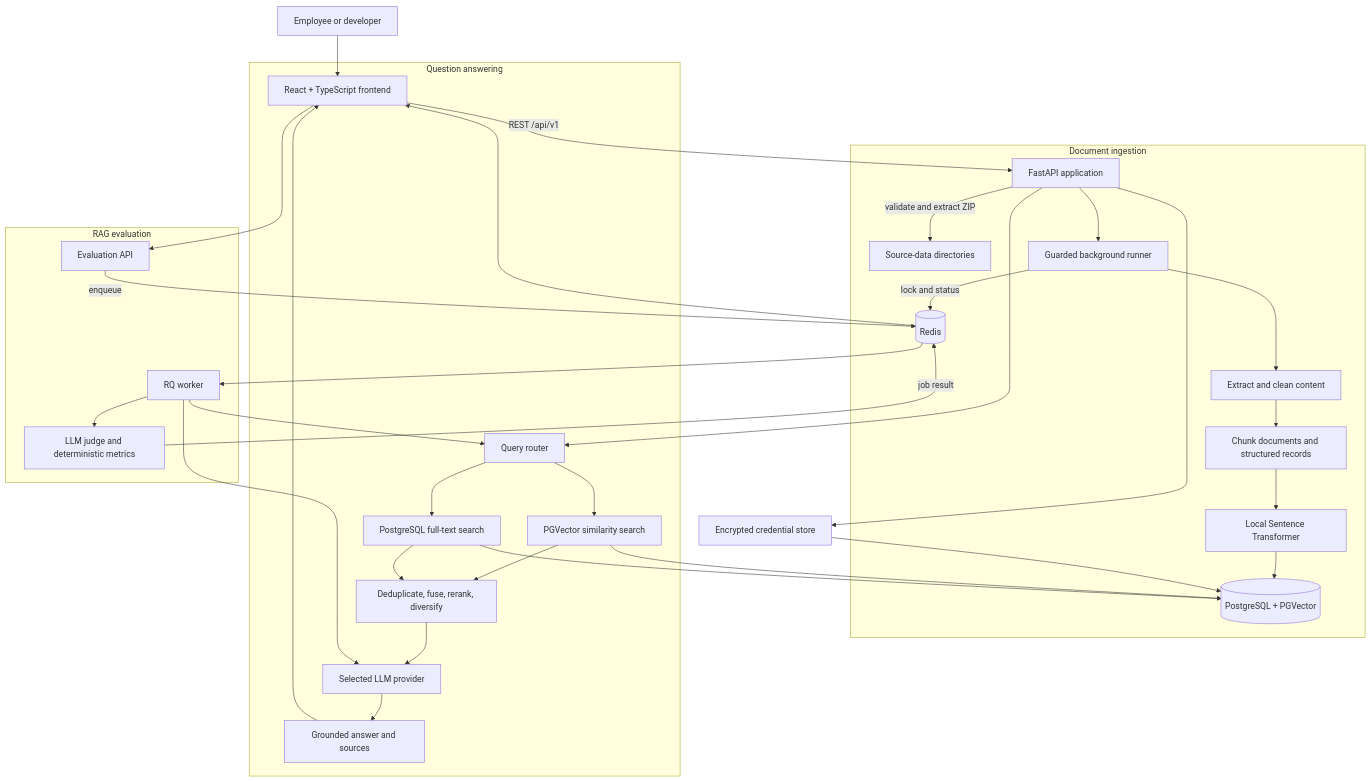
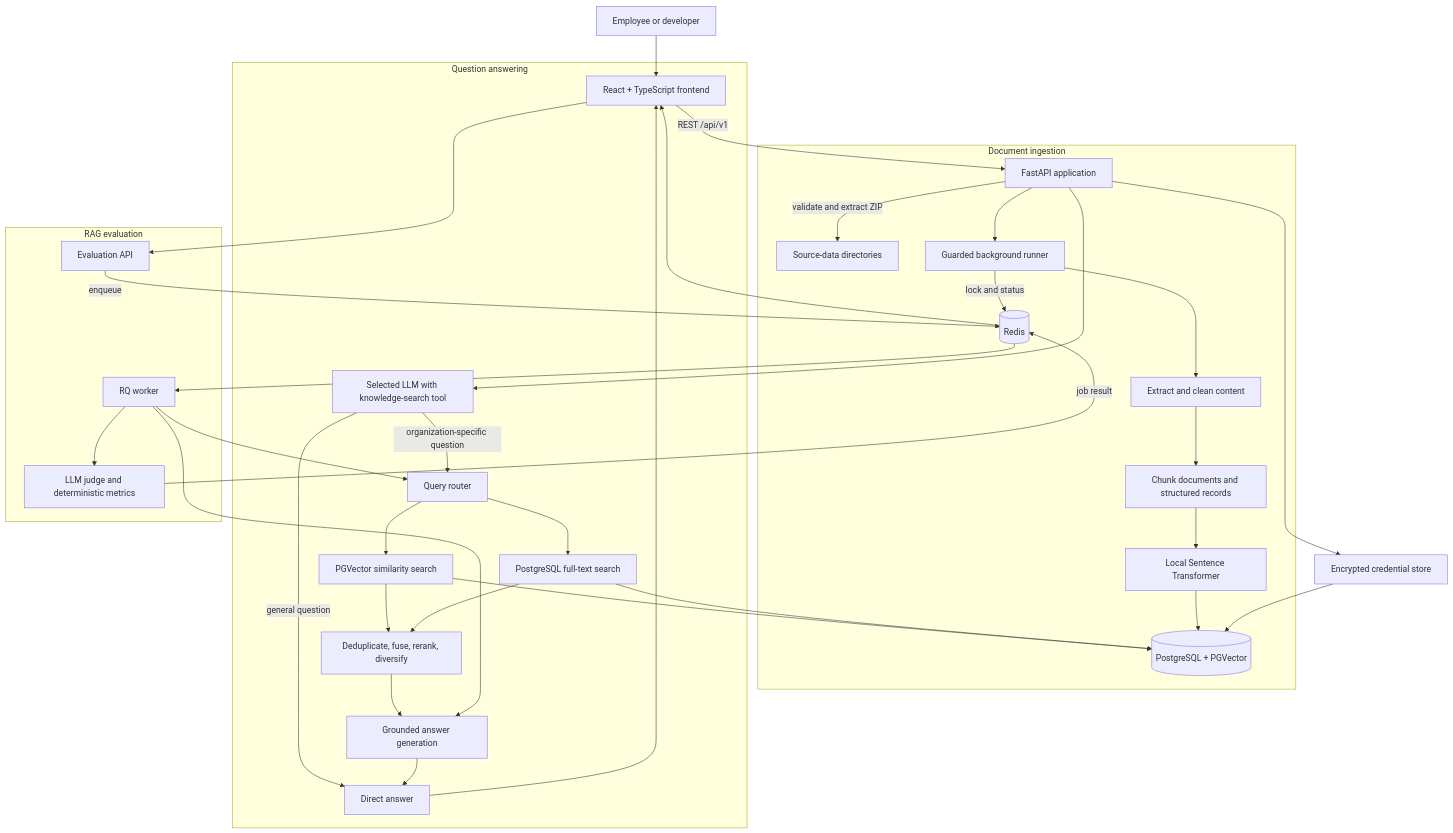
The diagram in docs/architecture.md (arvind-mocha/Employee_Rag_System), drawn with Mermaid before and after one commit. The commit also changed other lines of this file and 10 other files, not shown here.

Commit message:
Tool as been provided to llm

````diff
--- a/docs/architecture.md
+++ b/docs/architecture.md
@@ -9,42 +9,44 @@
 ```mermaid
 flowchart TB
     User[Employee or developer] --> UI[React + TypeScript frontend]
     UI -->|REST /api/v1| API[FastAPI application]
 
     subgraph Ingestion["Document ingestion"]
         API -->|validate and extract ZIP| Source[Source-data directories]
         API --> Runner[Guarded background runner]
         Runner --> Clean[Extract and clean content]
         Clean --> Chunk[Chunk documents and structured records]
         Chunk --> Embed[Local Sentence Transformer]
         Embed --> PG[(PostgreSQL + PGVector)]
         Runner -->|lock and status| Redis[(Redis)]
     end
 
     subgraph Retrieval["Question answering"]
-        API --> Router[Query router]
+        API --> Provider[Selected LLM with knowledge-search tool]
+        Provider -->|organization-specific question| Router[Query router]
+        Provider -->|general question| Response[Direct answer]
         Router --> Semantic[PGVector similarity search]
         Router --> Keyword[PostgreSQL full-text search]
         Semantic --> PG
         Keyword --> PG
         Semantic --> Rank[Deduplicate, fuse, rerank, diversify]
         Keyword --> Rank
-        Rank --> Provider[Selected LLM provider]
-        Provider --> Response[Grounded answer and sources]
+        Rank --> Grounded[Grounded answer generation]
+        Grounded --> Response
         Response --> UI
     end
 
     subgraph Quality["RAG evaluation"]
         UI --> EvaluationAPI[Evaluation API]
         EvaluationAPI -->|enqueue| Redis
         Redis --> Worker[RQ worker]
         Worker --> Router
-        Worker --> Provider
+        Worker --> Grounded
         Worker --> Judge[LLM judge and deterministic metrics]
         Judge -->|job result| Redis
         Redis --> UI
     end
 
     API --> CredentialStore[Encrypted credential store]
     CredentialStore --> PG
 ```
````
